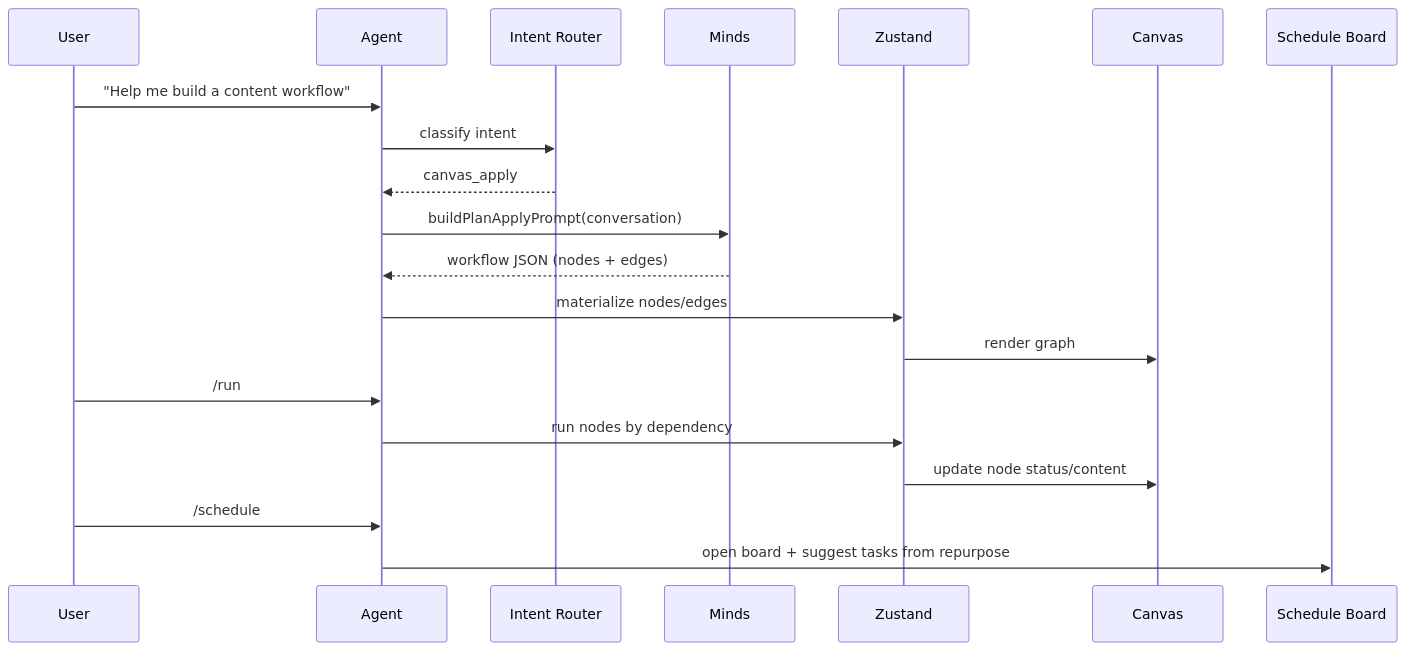
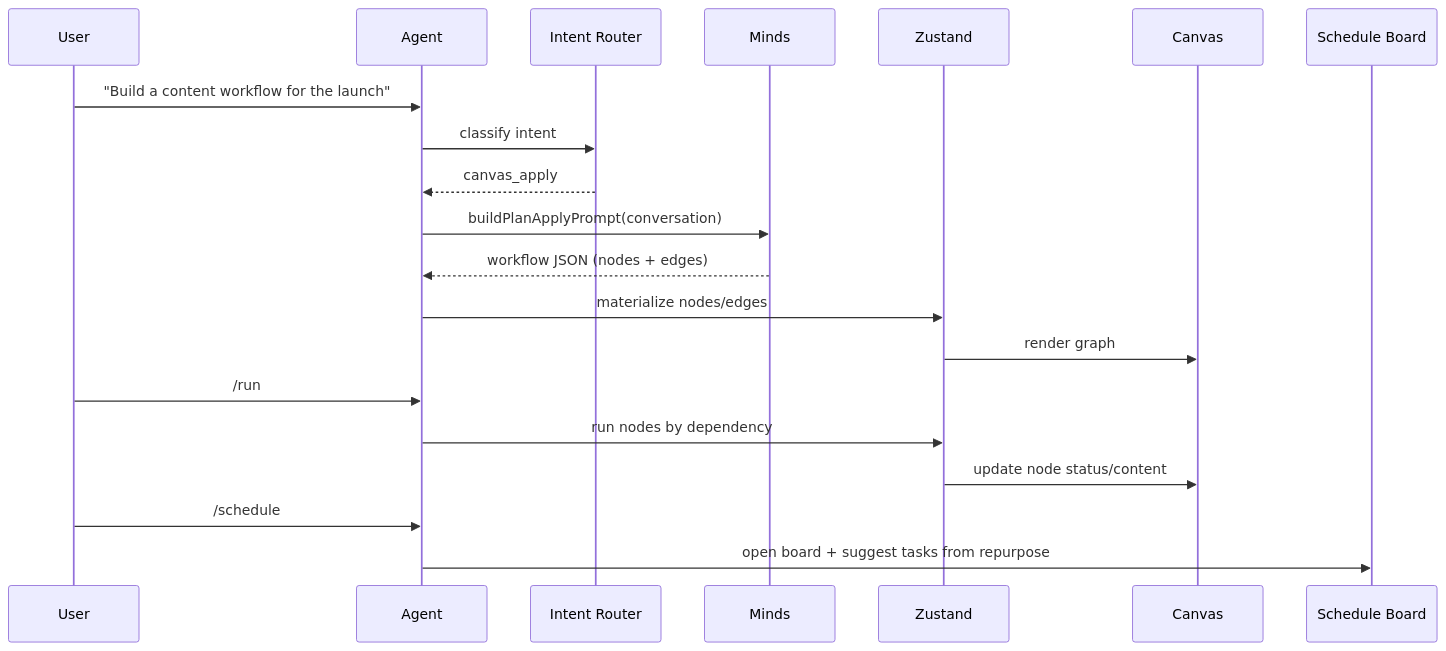
One commit to lant1ng-1216/chirp-workbench changed the third of 4 diagrams in README.md. Above: the diagram before and after it, drawn with Mermaid. The commit also changed other lines of this file and 5 other files, not shown here.

````diff
--- a/README.md
+++ b/README.md
@@ -96,23 +99,23 @@
 ```mermaid
 sequenceDiagram
   participant U as User
   participant A as Agent
   participant R as Intent Router
   participant M as Minds
   participant S as Zustand
   participant C as Canvas
   participant B as Schedule Board
 
-  U->>A: "Help me build a content workflow"
+  U->>A: "Build a content workflow for the launch"
   A->>R: classify intent
   R-->>A: canvas_apply
   A->>M: buildPlanApplyPrompt(conversation)
   M-->>A: workflow JSON (nodes + edges)
   A->>S: materialize nodes/edges
   S->>C: render graph
   U->>A: /run
   A->>S: run nodes by dependency
   S->>C: update node status/content
   U->>A: /schedule
   A->>B: open board + suggest tasks from repurpose
 ```
````
